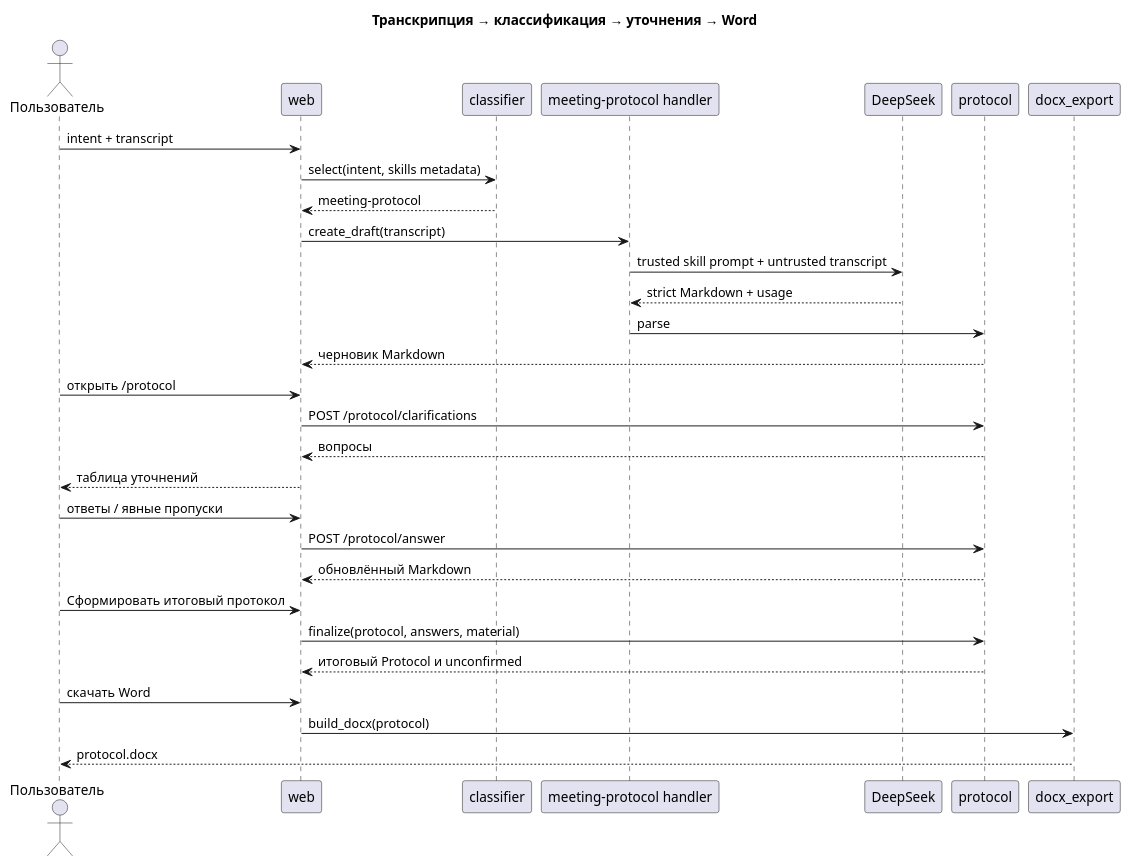
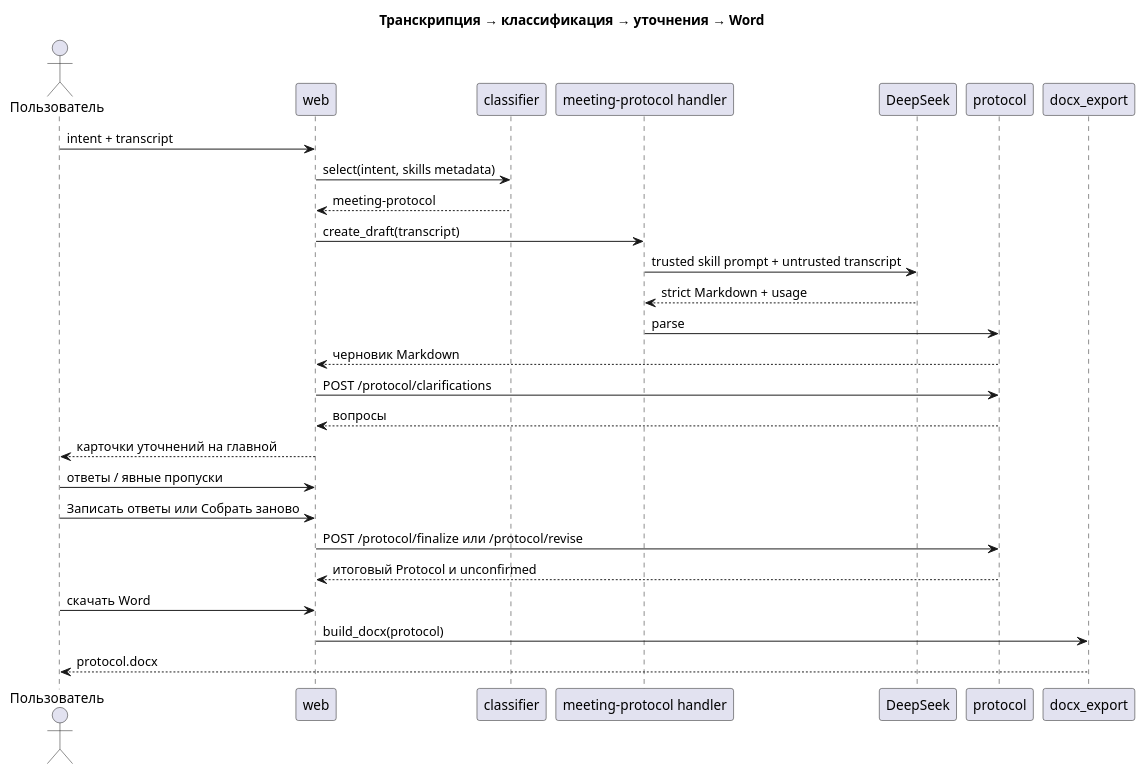
One commit to GlebKostousov/skillhub changed the third of 6 diagrams in docs/architecture/skillhub.md. Above: the diagram before and after it, drawn with PlantUML. The commit also changed other lines of this file and 60 other files, not shown here.

First line of the commit message:
feat: дать выбор — вставить ответы в протокол или собрать его заново (#6)

````diff
--- a/docs/architecture/skillhub.md
+++ b/docs/architecture/skillhub.md
@@ -208,33 +201,30 @@
 ```puml
 @startuml
 title Транскрипция → классификация → уточнения → Word
 actor Пользователь as U
 participant web
 participant classifier
 participant "meeting-protocol handler" as H
 participant DeepSeek as L
 participant protocol as P
 participant docx_export as D
 U -> web : intent + transcript
 web -> classifier : select(intent, skills metadata)
 classifier --> web : meeting-protocol
 web -> H : create_draft(transcript)
 H -> L : trusted skill prompt + untrusted transcript
 L --> H : strict Markdown + usage
 H -> P : parse
 P --> web : черновик Markdown
-U -> web : открыть /protocol
 web -> P : POST /protocol/clarifications
 P --> web : вопросы
-web --> U : таблица уточнений
+web --> U : карточки уточнений на главной
 U -> web : ответы / явные пропуски
-web -> P : POST /protocol/answer
-P --> web : обновлённый Markdown
-U -> web : Сформировать итоговый протокол
-web -> P : finalize(protocol, answers, material)
+U -> web : Записать ответы или Собрать заново
+web -> P : POST /protocol/finalize или /protocol/revise
 P --> web : итоговый Protocol и unconfirmed
 U -> web : скачать Word
 web -> D : build_docx(protocol)
 D --> U : protocol.docx
 @enduml
 ```
````
